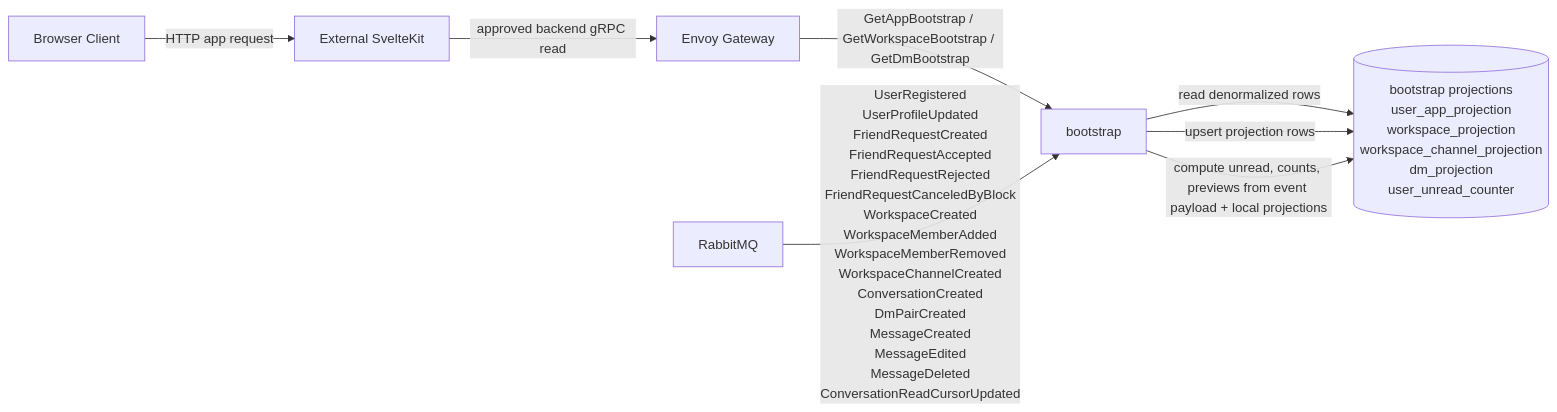
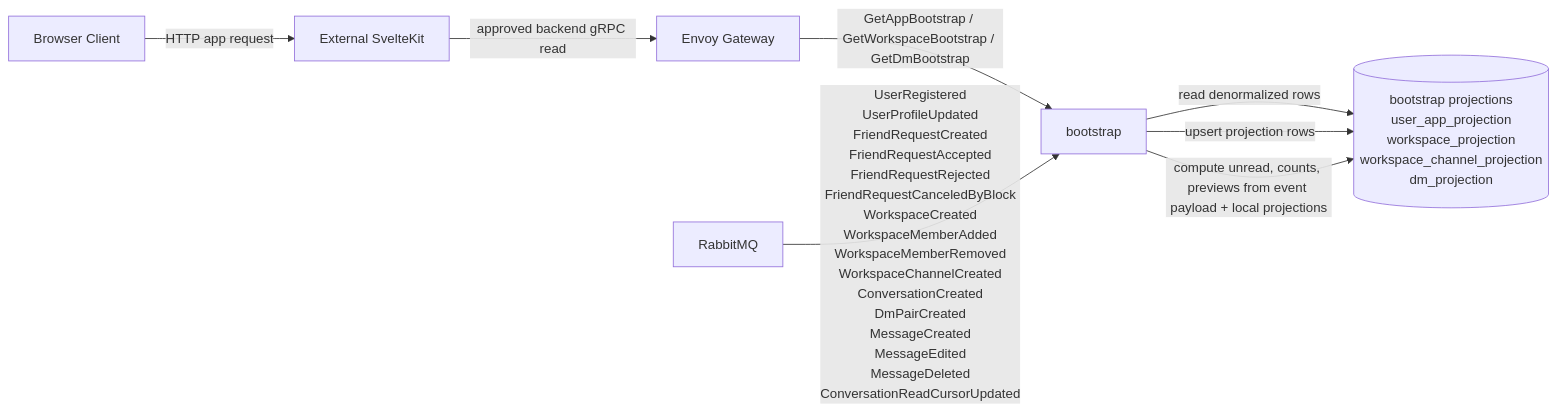
One commit to nthnf/Relay changed the diagram in docs/service/bootstrap/diagram.md. Above: the diagram before and after it, drawn with Mermaid. The commit also changed 79 other files, not shown here.

````diff
--- a/docs/service/bootstrap/diagram.md
+++ b/docs/service/bootstrap/diagram.md
@@ -1,18 +1,18 @@
 ```mermaid
 flowchart LR
     Client[Browser Client]
     App[External SvelteKit]
     Gateway[Envoy Gateway]
     Bootstrap[bootstrap]
     RabbitMQ[RabbitMQ]
-    Projections[(bootstrap projections\nuser_app_projection\nworkspace_projection\nworkspace_channel_projection\ndm_projection\nuser_unread_counter)]
+    Projections[(bootstrap projections\nuser_app_projection\nworkspace_projection\nworkspace_channel_projection\ndm_projection)]
 
     Client -->|HTTP app request| App
     App -->|approved backend gRPC read| Gateway
     Gateway -->|GetAppBootstrap / GetWorkspaceBootstrap / GetDmBootstrap| Bootstrap
     Bootstrap -->|read denormalized rows| Projections
 
     RabbitMQ -->|UserRegistered\nUserProfileUpdated\nFriendRequestCreated\nFriendRequestAccepted\nFriendRequestRejected\nFriendRequestCanceledByBlock\nWorkspaceCreated\nWorkspaceMemberAdded\nWorkspaceMemberRemoved\nWorkspaceChannelCreated\nConversationCreated\nDmPairCreated\nMessageCreated\nMessageEdited\nMessageDeleted\nConversationReadCursorUpdated| Bootstrap
     Bootstrap -->|upsert projection rows| Projections
     Bootstrap -->|compute unread, counts, previews from event payload + local projections| Projections
 ```
````
